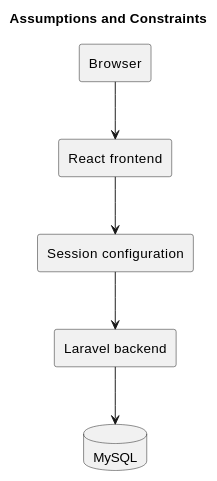
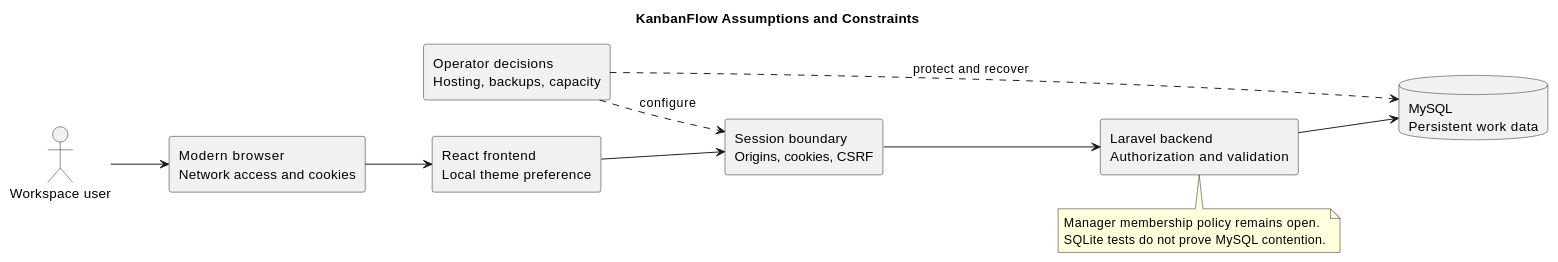
Before and after one commit to Farhad-Valizadegan/Web-KanbanFlow: the diagram in docs/Project-Definition/assumptions-and-constraints.md, drawn with PlantUML. The commit also changed other lines of this file and 2 other files, not shown here.

Commit message:
docs: complete assumptions and constraints with updated diagram

````diff
--- a/docs/Project-Definition/assumptions-and-constraints.md
+++ b/docs/Project-Definition/assumptions-and-constraints.md
@@ -24,14 +84,24 @@
 ```plantuml
 @startuml
-title Assumptions and Constraints
-rectangle Browser as B
-rectangle "React frontend" as F
-rectangle "Session configuration" as S
-rectangle "Laravel backend" as L
-database MySQL as M
-B --> F
-F --> S
-S --> L
-L --> M
+title KanbanFlow Assumptions and Constraints
+left to right direction
+actor "Workspace user" as User
+rectangle "Modern browser\nNetwork access and cookies" as Browser
+rectangle "React frontend\nLocal theme preference" as Frontend
+rectangle "Session boundary\nOrigins, cookies, CSRF" as Session
+rectangle "Laravel backend\nAuthorization and validation" as Backend
+database "MySQL\nPersistent work data" as Database
+rectangle "Operator decisions\nHosting, backups, capacity" as Ops
+User --> Browser
+Browser --> Frontend
+Frontend --> Session
+Session --> Backend
+Backend --> Database
+Ops ..> Session : configure
+Ops ..> Database : protect and recover
+note bottom of Backend
+Manager membership policy remains open.
+SQLite tests do not prove MySQL contention.
+end note
 @enduml
 ```
````
